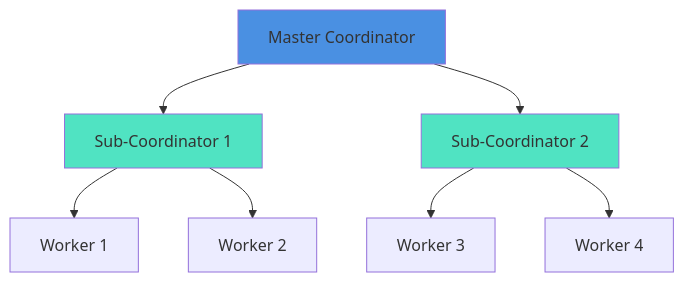
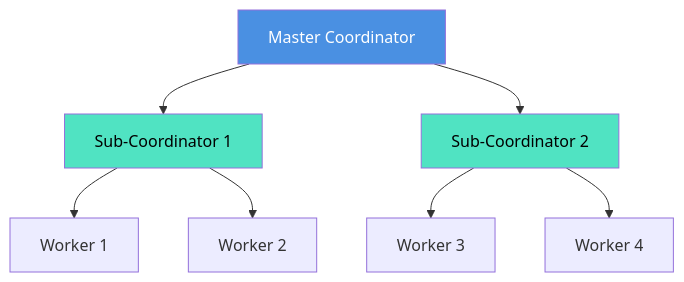
One commit to EideticPleroma/tutorials changed the fourth of 5 diagrams in lesson-2-multi-agent/tutorial-2/concepts/multi-agent-architecture.md. Above: the diagram before and after it, drawn with Mermaid. The commit also changed other lines of this file and 7 other files, not shown here.

First line of the commit message:
docs: implement color contrast standards across all diagrams

````diff
--- a/lesson-2-multi-agent/tutorial-2/concepts/multi-agent-architecture.md
+++ b/lesson-2-multi-agent/tutorial-2/concepts/multi-agent-architecture.md
@@ -215,14 +215,14 @@
 ```mermaid
 graph TD
     Master[Master Coordinator]
     Master --> Sub1[Sub-Coordinator 1]
     Master --> Sub2[Sub-Coordinator 2]
     Sub1 --> Worker1[Worker 1]
     Sub1 --> Worker2[Worker 2]
     Sub2 --> Worker3[Worker 3]
     Sub2 --> Worker4[Worker 4]
     
-    style Master fill:#4A90E2
-    style Sub1 fill:#50E3C2
-    style Sub2 fill:#50E3C2
+    style Master fill:#4A90E2,color:#FFFFFF
+    style Sub1 fill:#50E3C2,color:#000000
+    style Sub2 fill:#50E3C2,color:#000000
 ```
````
